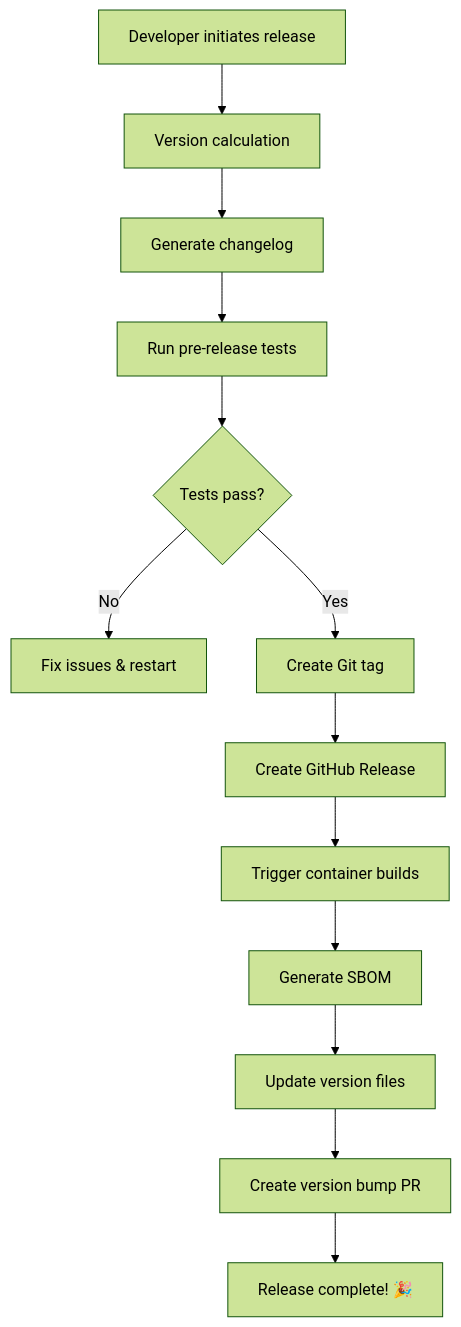
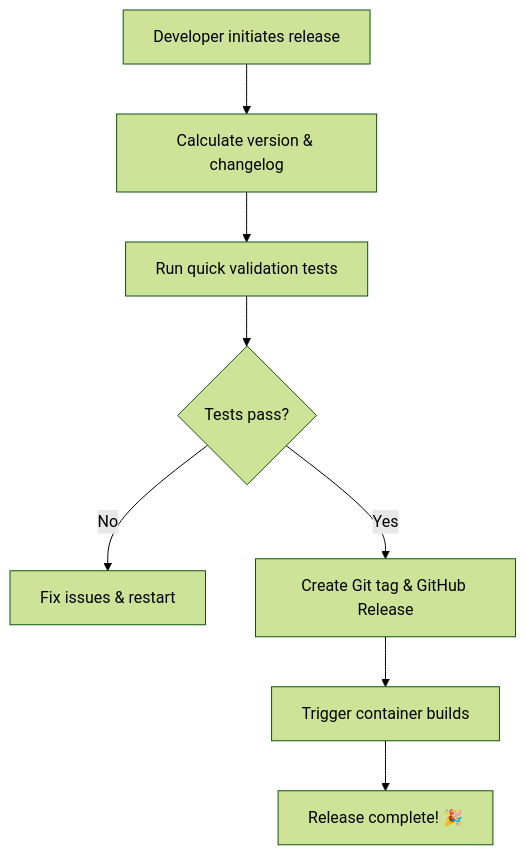
One commit to RelativeSure/LeafLock changed the diagram in VERSIONING_AND_RELEASES.md. Above: the diagram before and after it, drawn with Mermaid (forest theme). The commit also changed other lines of this file and 5 other files, not shown here.

````diff
--- a/VERSIONING_AND_RELEASES.md
+++ b/VERSIONING_AND_RELEASES.md
@@ -107,15 +107,10 @@
 ```mermaid
 graph TB
-    A[Developer initiates release] --> B[Version calculation]
-    B --> C[Generate changelog]
-    C --> D[Run pre-release tests]
-    D --> E{Tests pass?}
-    E -->|No| F[Fix issues & restart]
-    E -->|Yes| G[Create Git tag]
-    G --> H[Create GitHub Release]
-    H --> I[Trigger container builds]
-    I --> J[Generate SBOM]
-    J --> K[Update version files]
-    K --> L[Create version bump PR]
-    L --> M[Release complete! 🎉]
+    A[Developer initiates release] --> B[Calculate version & changelog]
+    B --> C[Run quick validation tests]
+    C --> D{Tests pass?}
+    D -->|No| E[Fix issues & restart]
+    D -->|Yes| F[Create Git tag & GitHub Release]
+    F --> G[Trigger container builds]
+    G --> H[Release complete! 🎉]
 ```
````
